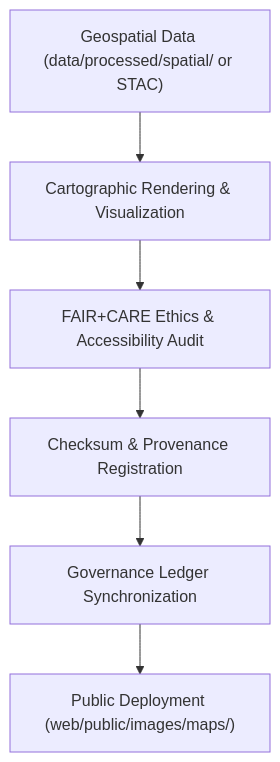
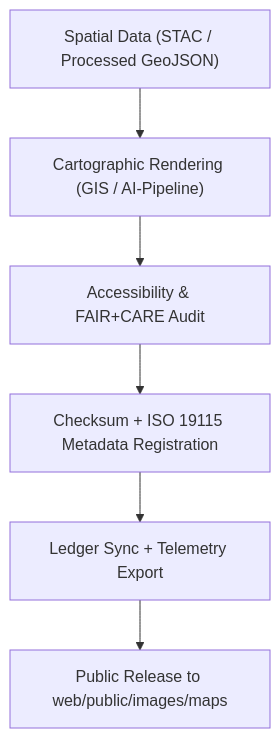
The diagram in web/public/images/maps/README.md (bartytime4life/Kansas-Frontier-Matrix), drawn with Mermaid before and after one commit. The commit also changed other lines of this file, not shown here.

````diff
--- a/web/public/images/maps/README.md
+++ b/web/public/images/maps/README.md
@@ -65,8 +57,8 @@
 ```mermaid
 flowchart TD
-    A["Geospatial Data (data/processed/spatial/ or STAC)"] --> B["Cartographic Rendering & Visualization"]
-    B --> C["FAIR+CARE Ethics & Accessibility Audit"]
-    C --> D["Checksum & Provenance Registration"]
-    D --> E["Governance Ledger Synchronization"]
-    E --> F["Public Deployment (web/public/images/maps/)"]
+A["Spatial Data (STAC / Processed GeoJSON)"] --> B["Cartographic Rendering (GIS / AI-Pipeline)"]
+B --> C["Accessibility & FAIR+CARE Audit"]
+C --> D["Checksum + ISO 19115 Metadata Registration"]
+D --> E["Ledger Sync + Telemetry Export"]
+E --> F["Public Release to web/public/images/maps"]
 ```
````
